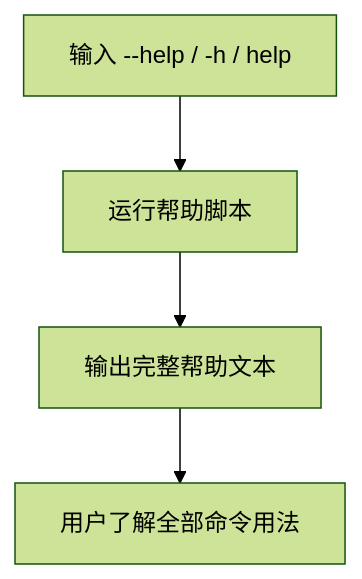
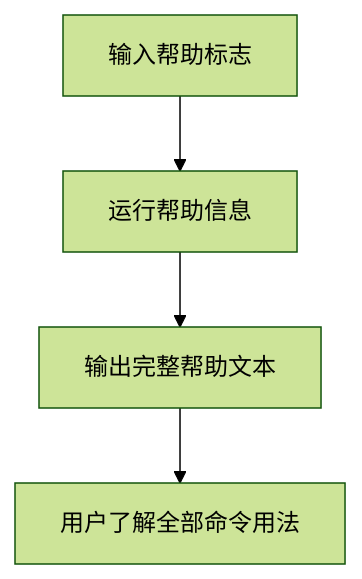
Before and after one commit to effiy/YrY: the ninth of 10 diagrams in docs/故事任务面板/rui-story/02-用户使用场景.md, drawn with Mermaid (forest theme). The commit also changed other lines of this file and 6 other files, not shown here.

````diff
--- a/docs/故事任务面板/rui-story/02-用户使用场景.md
+++ b/docs/故事任务面板/rui-story/02-用户使用场景.md
@@ -257,6 +269,6 @@
 ```mermaid
 flowchart TD
-    START["输入 --help / -h / help"] --> RUN["运行帮助脚本"]
+    START["输入帮助标志"] --> RUN["运行帮助信息"]
     RUN --> OUTPUT["输出完整帮助文本"]
     OUTPUT --> DONE["用户了解全部命令用法"]
 ```
````
